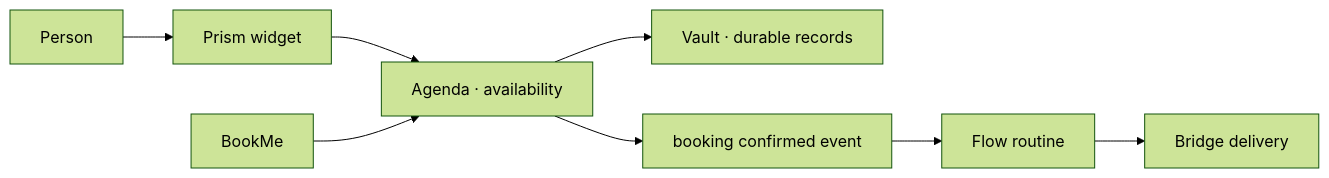
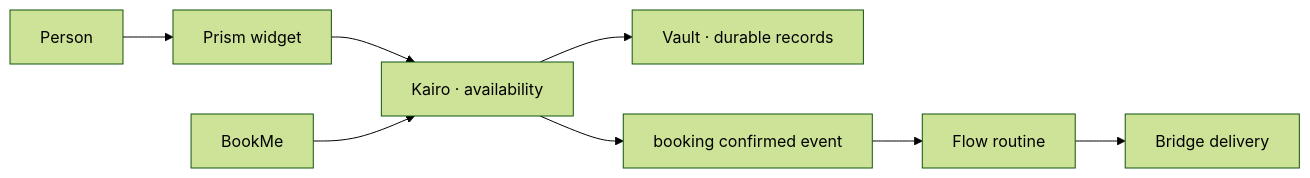
The diagram in docs/en/usecases/README.md (julianra/ivy-public), drawn with Mermaid (forest theme) before and after one commit. The commit also changed other lines of this file and 11 other files, not shown here.

Commit message:
Rename Agenda references to Kairo

````diff
--- a/docs/en/usecases/README.md
+++ b/docs/en/usecases/README.md
@@ -19,10 +19,10 @@
 ```mermaid
 flowchart LR
     Person["Person"] --> Prism["Prism widget"]
-    Prism --> Agenda["Agenda · availability"]
-    Booking["BookMe"] --> Agenda
-    Agenda --> Vault["Vault · durable records"]
-    Agenda --> Event["booking confirmed event"]
+    Prism --> Kairo["Kairo · availability"]
+    Booking["BookMe"] --> Kairo
+    Kairo --> Vault["Vault · durable records"]
+    Kairo --> Event["booking confirmed event"]
     Event --> Flow["Flow routine"]
     Flow --> Bridge["Bridge delivery"]
 ```
````
